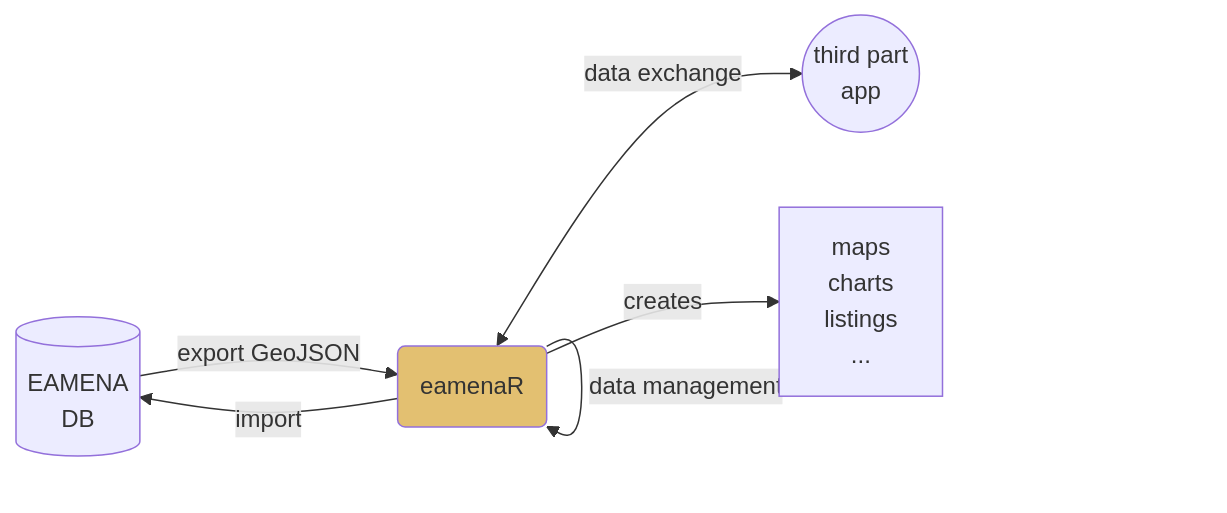
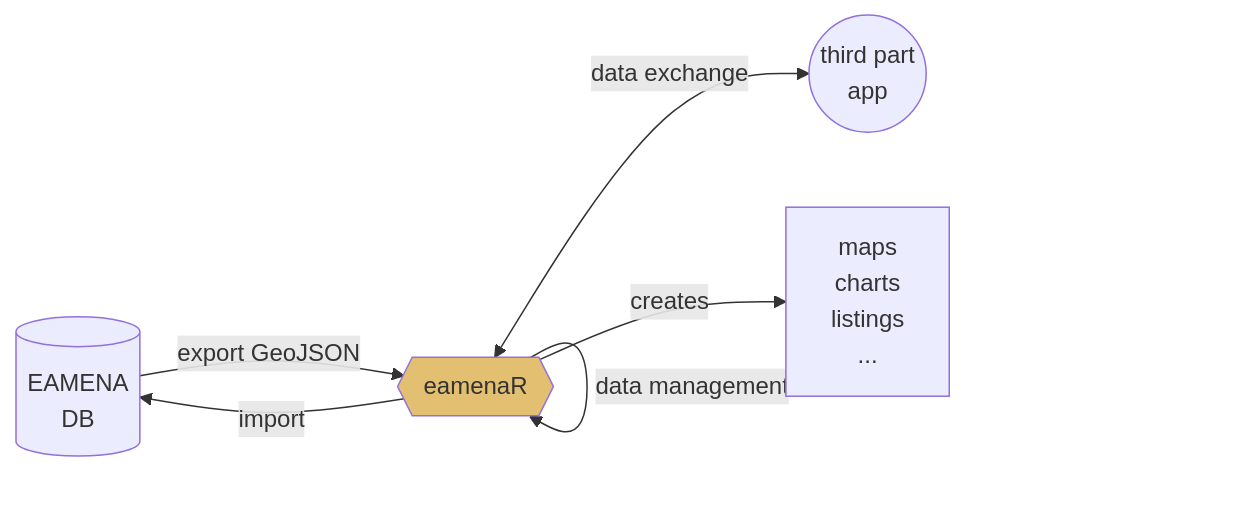
Before and after one commit to eamena-project/eamenaR: the first of 3 diagrams in README.md, drawn with Mermaid.

Commit message:
add a geom

````diff
--- a/README.md
+++ b/README.md
@@ -8,9 +8,9 @@
 ```mermaid
 flowchart LR
-    A[(EAMENA<br>DB)] --export GeoJSON--> B("eamenaR"):::eamenaRpkg;
+    A[(EAMENA<br>DB)] --export GeoJSON--> B{{"eamenaR"}}:::eamenaRpkg;
     B --data management--> B;
     B <--data exchange--> C((third part<br>app));
     B --import--> A;
     B --creates--> D[maps<br>charts<br>listings<br>...]
     classDef eamenaRpkg fill:#e3c071;
 ```
````
